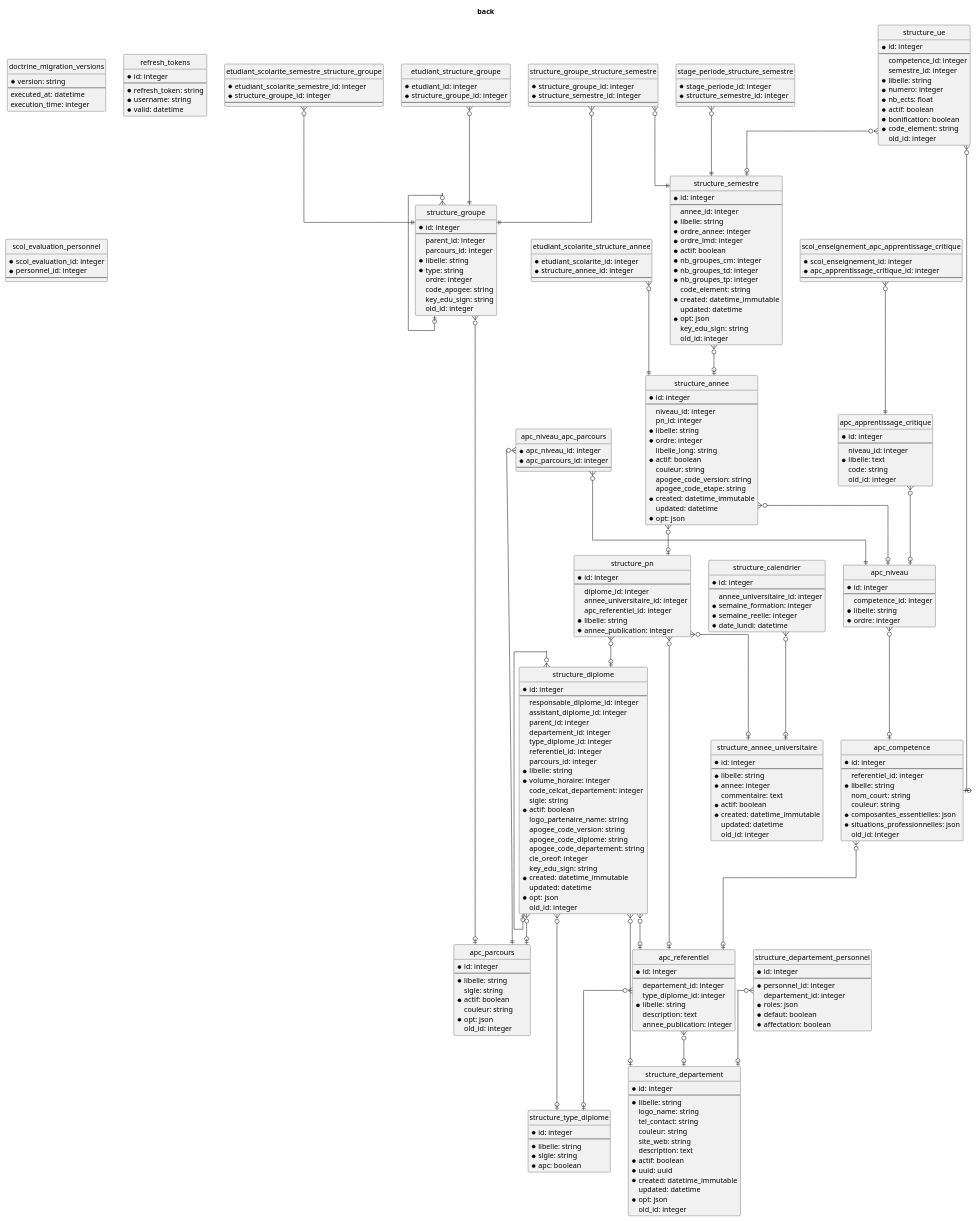
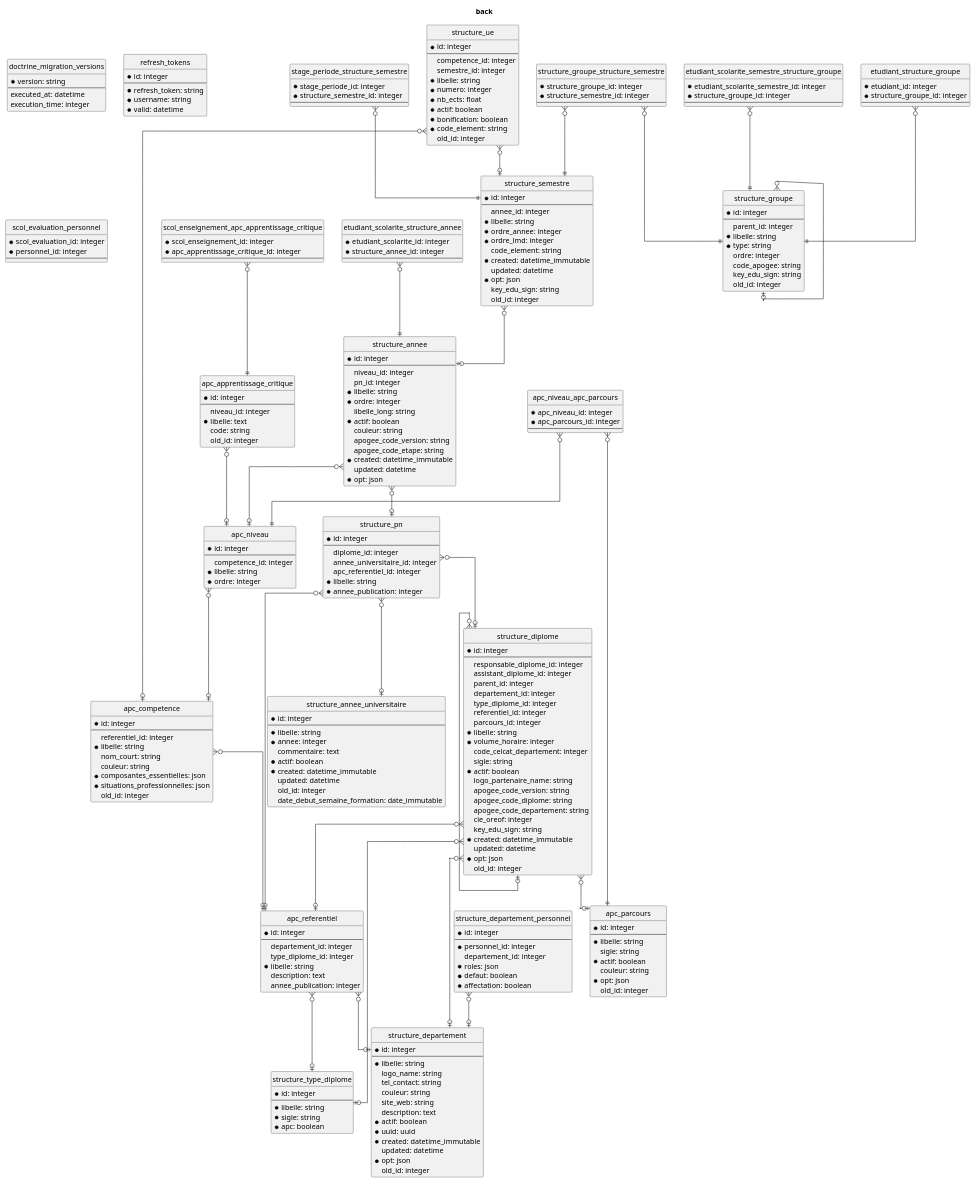
One commit to Dannebicque/wra505D_agence-2 changed the diagram in uniservices/back/schema_structure_apc.puml. Above: the diagram before and after it, drawn with PlantUML. The commit also changed 333 other files, not shown here.

```diff
--- a/uniservices/back/schema_structure_apc.puml
+++ b/uniservices/back/schema_structure_apc.puml
@@ -124,14 +124,7 @@
 * created: datetime_immutable
  updated: datetime
  old_id: integer
-}
-entity structure_calendrier {
-* id: integer
---
- annee_universitaire_id: integer
-* semaine_formation: integer
-* semaine_reelle: integer
-* date_lundi: datetime
+ date_debut_semaine_formation: date_immutable
 }
 entity structure_departement {
 * id: integer
@@ -188,7 +181,6 @@
 * id: integer
 --
  parent_id: integer
- parcours_id: integer
 * libelle: string
 * type: string
  ordre: integer
@@ -217,10 +209,6 @@
 * libelle: string
 * ordre_annee: integer
 * ordre_lmd: integer
-* actif: boolean
-* nb_groupes_cm: integer
-* nb_groupes_td: integer
-* nb_groupes_tp: integer
  code_element: string
 * created: datetime_immutable
  updated: datetime
@@ -262,14 +250,12 @@
 stage_periode_structure_semestre }o--|| structure_semestre
 structure_annee }o--o| structure_pn
 structure_annee }o--o| apc_niveau
-structure_calendrier }o--o| structure_annee_universitaire
 structure_departement_personnel }o--o| structure_departement
 structure_diplome }o--o| structure_type_diplome
 structure_diplome }o--o| apc_parcours
 structure_diplome }o--o| structure_diplome
 structure_diplome }o--o| apc_referentiel
 structure_diplome }o--o| structure_departement
-structure_groupe }o--o| apc_parcours
 structure_groupe }o--o| structure_groupe
 structure_groupe_structure_semestre }o--|| structure_semestre
 structure_groupe_structure_semestre }o--|| structure_groupe
```
